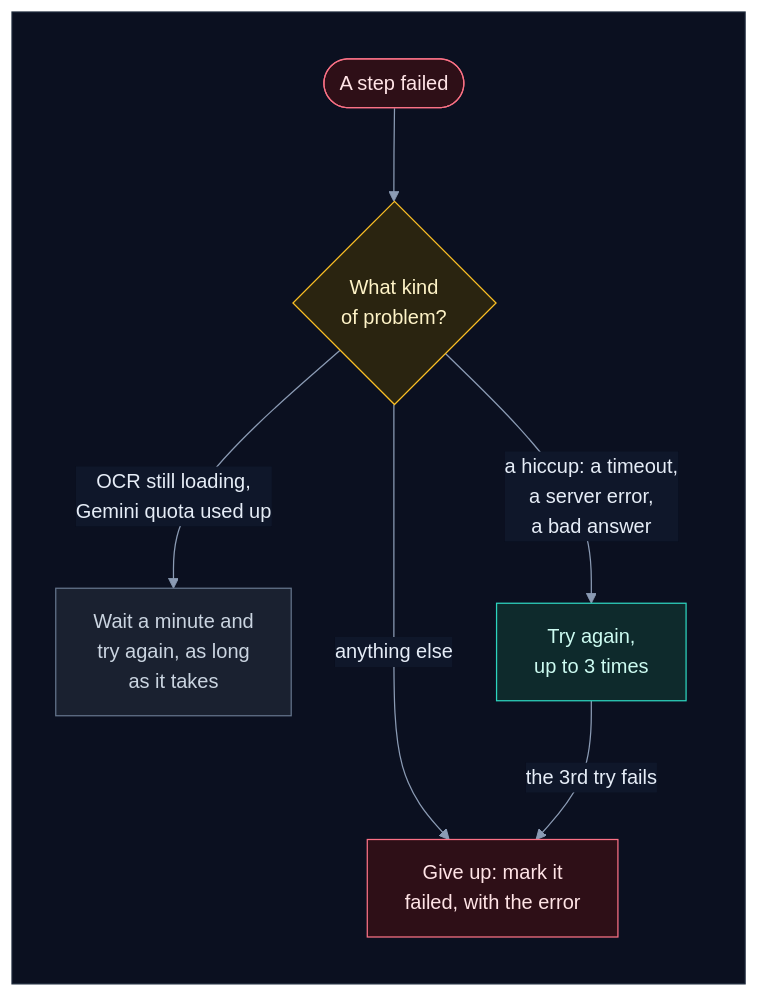
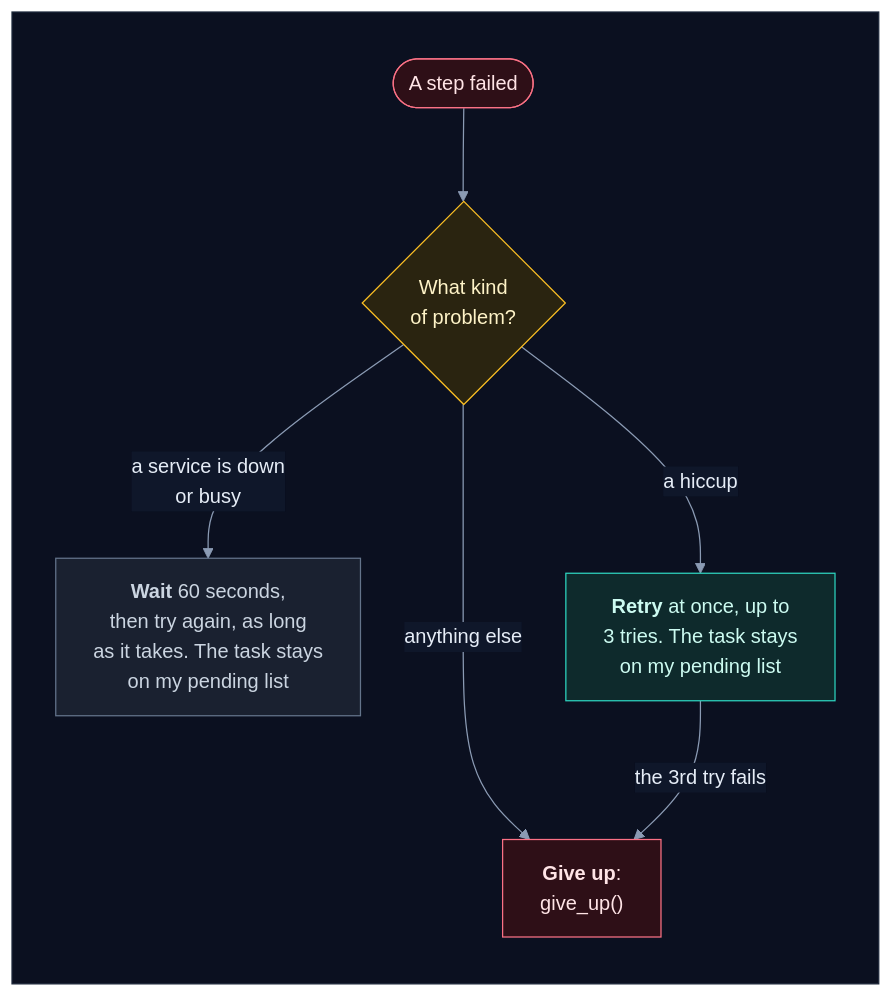
One commit to selvakumarperumal/Regulatory_Circular_Impact_Agent changed diagram 22 of 43 in backend/worker/INTERNALS.md. Above: the diagram before and after it, drawn with Mermaid. The commit also changed other lines of this file and 2 other files, not shown here.

First line of the commit message:
Explain how tasks are owned, skipped, failed and run again

````diff
--- a/backend/worker/INTERNALS.md
+++ b/backend/worker/INTERNALS.md
@@ -1009,27 +1251,27 @@
 ```mermaid
 %%{init: {"theme": "base", "flowchart": {"diagramPadding": 0}, "themeVariables": {"darkMode": true, "primaryColor": "#16213a", "primaryTextColor": "#e6edf7", "primaryBorderColor": "#475a7a", "lineColor": "#8b9bb4", "secondaryColor": "#1b2436", "tertiaryColor": "#101a2e", "edgeLabelBackground": "#0f172a", "textColor": "#e2e8f0", "clusterBkg": "#0f1728", "clusterBorder": "#2b3a55", "titleColor": "#c4b5fd", "nodeTextColor": "#e6edf7"}}}%%
 flowchart TD
     subgraph canvas[" "]
         direction TB
         e(["A step failed"]) --> k{"What kind<br/>of problem?"}
-        k -->|"OCR still loading,<br/>Gemini quota used up"| w["Wait a minute and<br/>try again, as long<br/>as it takes"]
-        k -->|"a hiccup: a timeout,<br/>a server error,<br/>a bad answer"| r["Try again,<br/>up to 3 times"]
-        k -->|"anything else"| g["Give up: mark it<br/>failed, with the error"]
+        k -->|"a service is down<br/>or busy"| w["<b>Wait</b> 60 seconds,<br/>then try again, as long<br/>as it takes. The task stays<br/>on my pending list"]
+        k -->|"a hiccup"| r["<b>Retry</b> at once, up to<br/>3 tries. The task stays<br/>on my pending list"]
+        k -->|"anything else"| g["<b>Give up</b>:<br/>give_up()"]
         r -->|"the 3rd try fails"| g
     end
     classDef svc fill:#0e2a2c,stroke:#2dd4bf,color:#ccfbf1
     classDef data fill:#1c1a47,stroke:#818cf8,color:#e0e7ff
     classDef ext fill:#2a1640,stroke:#c084fc,color:#f3e8ff
     classDef gpu fill:#2d1b0c,stroke:#fb923c,color:#ffedd5
     classDef ask fill:#2a2410,stroke:#fbbf24,color:#fef3c7
     classDef ok fill:#0b2a1c,stroke:#34d399,color:#d1fae5
     classDef bad fill:#2e0f17,stroke:#fb7185,color:#ffe4e6
     classDef start fill:#1c2a0e,stroke:#a7ef6f,color:#ecfccb
     classDef muted fill:#1a2130,stroke:#64748b,color:#cbd5e1
     classDef queue fill:#0c2231,stroke:#38bdf8,color:#e0f2fe
     class e,g bad
     class k ask
     class w muted
     class r svc
     style canvas fill:#0b1020,stroke:#1e293b,color:#0b1020
 ```
````
